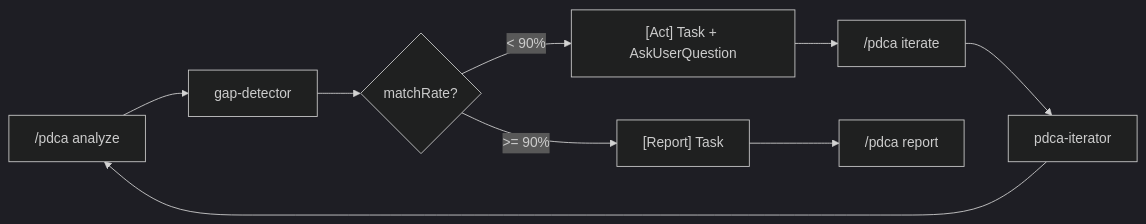
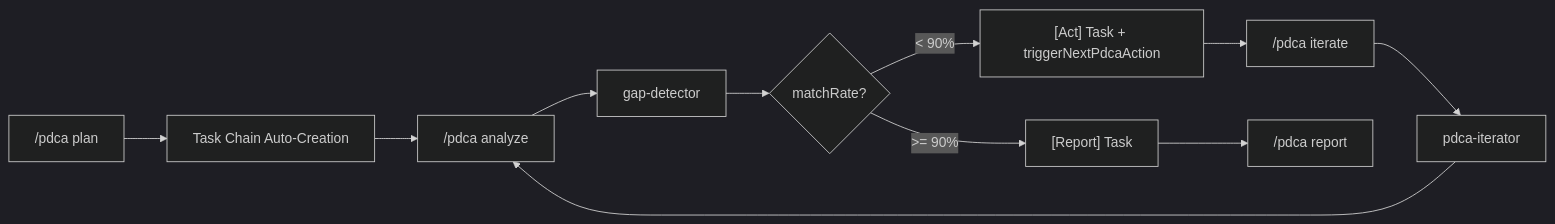
The second of 2 diagrams in bkit-system/README.md (popup-studio-ai/bkit-claude-code), drawn with Mermaid (dark theme) before and after one commit. The commit also changed other lines of this file and 2 other files, not shown here.

First line of the commit message:
docs(bkit-system): update v1.4.7 architecture and modularization

````diff
--- a/bkit-system/README.md
+++ b/bkit-system/README.md
@@ -130,11 +134,13 @@
 ```mermaid
 flowchart LR
-    A["/pdca analyze"] --> B["gap-detector"]
-    B --> C{"matchRate?"}
-    C -->|"< 90%"| D["[Act] Task + AskUserQuestion"]
-    C -->|">= 90%"| E["[Report] Task"]
-    D --> F["/pdca iterate"]
-    F --> G["pdca-iterator"]
-    G --> A
-    E --> H["/pdca report"]
+    A["/pdca plan"] --> T["Task Chain Auto-Creation"]
+    T --> B["/pdca analyze"]
+    B --> C["gap-detector"]
+    C --> D{"matchRate?"}
+    D -->|"< 90%"| E["[Act] Task + triggerNextPdcaAction"]
+    D -->|">= 90%"| F["[Report] Task"]
+    E --> G["/pdca iterate"]
+    G --> H["pdca-iterator"]
+    H --> B
+    F --> I["/pdca report"]
 ```
````
